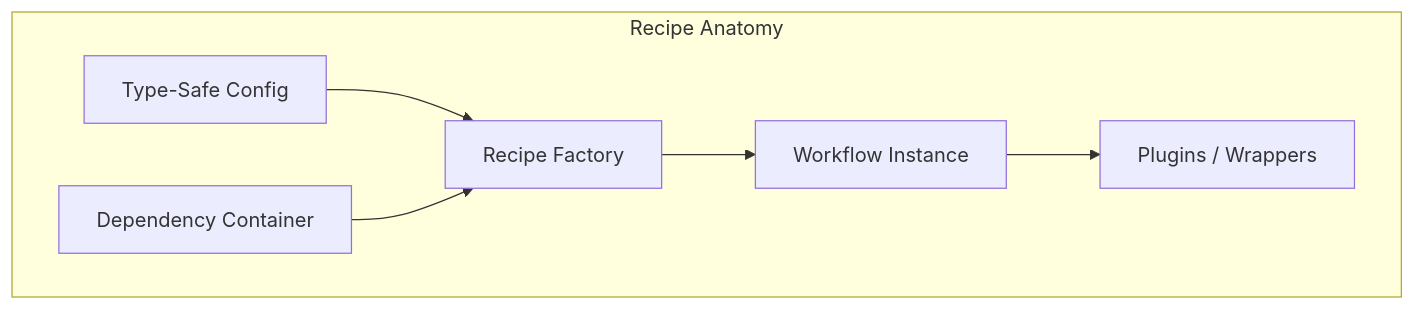
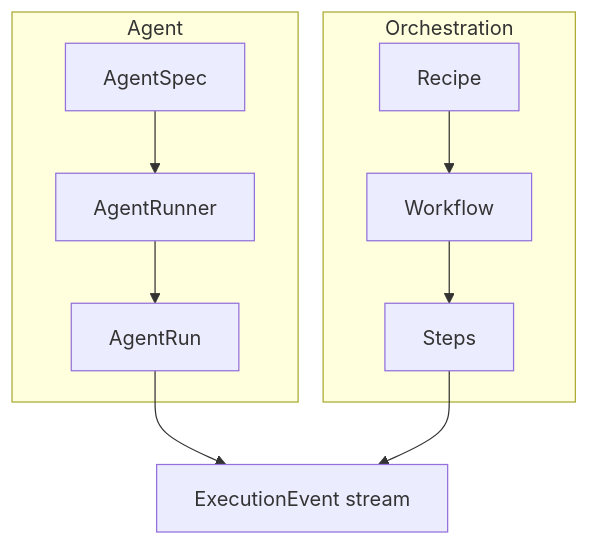
One commit to theGeekist/llm-core changed the first of 2 diagrams in docs/guide/core-concepts.md. Above: the diagram before and after it, drawn with Mermaid. The commit also changed other lines of this file and 7 other files, not shown here.

````diff
--- a/docs/guide/core-concepts.md
+++ b/docs/guide/core-concepts.md
@@ -16,9 +29,13 @@
 ```mermaid
 graph TD
-    subgraph Recipe Anatomy
-        Config[Type-Safe Config] --> Factory[Recipe Factory]
-        Deps[Dependency Container] --> Factory
-        Factory --> Workflow[Workflow Instance]
-        Workflow --> Plugins[Plugins / Wrappers]
+    subgraph Agent
+        Spec[AgentSpec] --> Runner[AgentRunner]
+        Runner --> Run[AgentRun]
     end
+    subgraph Orchestration
+        Recipe[Recipe] --> WF[Workflow]
+        WF --> Steps[Steps]
+    end
+    Run --> Events[ExecutionEvent stream]
+    Steps --> Events
 ```
````
